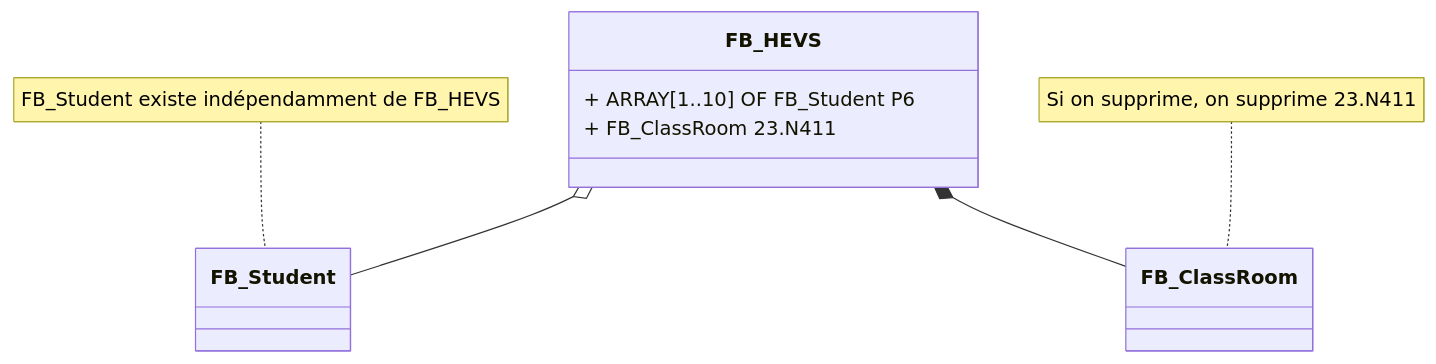
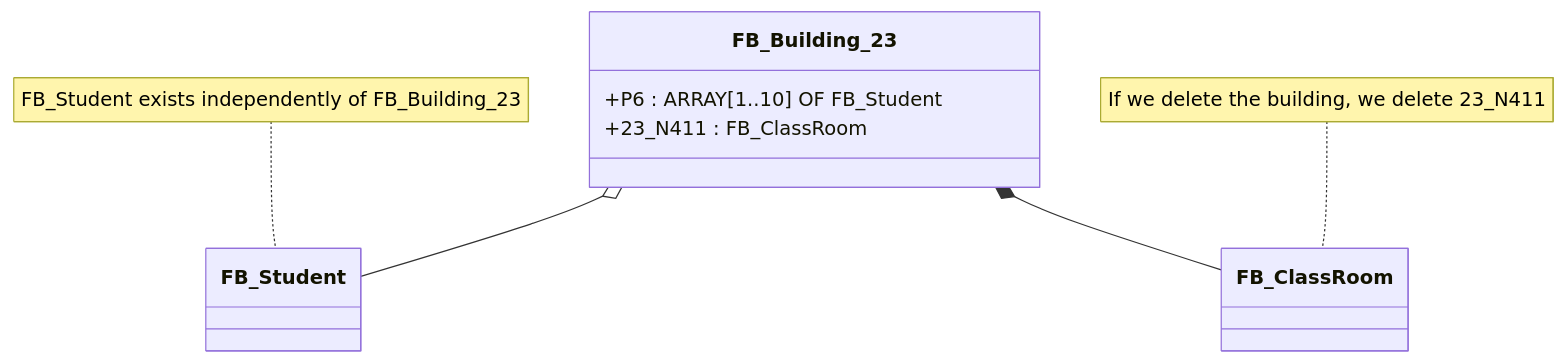
The second of 11 diagrams in AAut_MOD_02_IEC_61131_OOP_InPractice/UML_With_Mermaid_For_61131.md (hei-synd-aaut/aaut-docs), drawn with Mermaid before and after one commit. The commit also changed other lines of this file and 12 other files, not shown here.

````diff
--- a/AAut_MOD_02_IEC_61131_OOP_InPractice/UML_With_Mermaid_For_61131.md
+++ b/AAut_MOD_02_IEC_61131_OOP_InPractice/UML_With_Mermaid_For_61131.md
@@ -39,17 +51,17 @@
 ```mermaid
 classDiagram
-class FB_HEVS {
-    + ARRAY[1..10] OF FB_Student P6
-    + FB_ClassRoom 23.N411
+class FB_Building_23 {
+    +P6 : ARRAY[1..10] OF FB_Student 
+    +23_N411 : FB_ClassRoom 
 }
 class FB_Student
 
-FB_HEVS o-- FB_Student
-FB_HEVS *-- FB_ClassRoom
+FB_Building_23 o-- FB_Student
+FB_Building_23 *-- FB_ClassRoom
 
-note for FB_Student "FB_Student existe indépendamment de FB_HEVS"
-note for FB_ClassRoom "Si on supprime, on supprime 23.N411"
+note for FB_Student "FB_Student exists independently of FB_Building_23"
+note for FB_ClassRoom "If we delete the building, we delete 23_N411"
 
 class FB_ClassRoom
 
 ```
````
